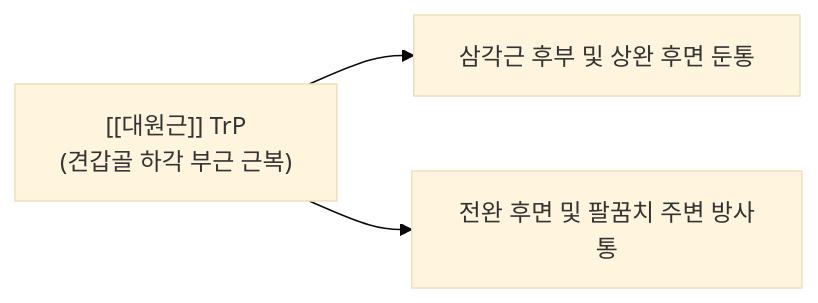
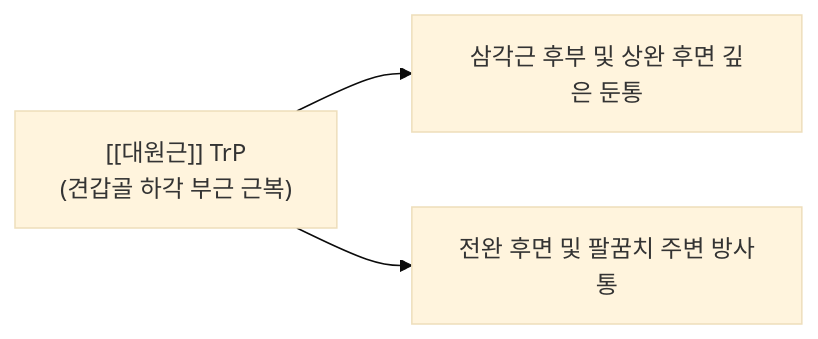
Before and after one commit to simbio11/simbio-digital-garden2: the second of 2 diagrams in content/1. 근골격계 공부/근육/(4) 어깨/대원근.md, drawn with Mermaid (base theme). The commit also changed other lines of this file and 487 other files, not shown here.

````diff
--- a/content/1. 근골격계 공부/근육/(4) 어깨/대원근.md
+++ b/content/1. 근골격계 공부/근육/(4) 어깨/대원근.md
@@ -54,5 +57,6 @@
 ```mermaid
 flowchart LR
-    TP["[[대원근]] TrP\n(견갑골 하각 부근 근복)"] --> Zone1["삼각근 후부 및 상완 후면 둔통"]
+    TP["[[대원근]] TrP
+(견갑골 하각 부근 근복)"] --> Zone1["삼각근 후부 및 상완 후면 깊은 둔통"]
     TP --> Zone2["전완 후면 및 팔꿈치 주변 방사통"]
 ```
````
